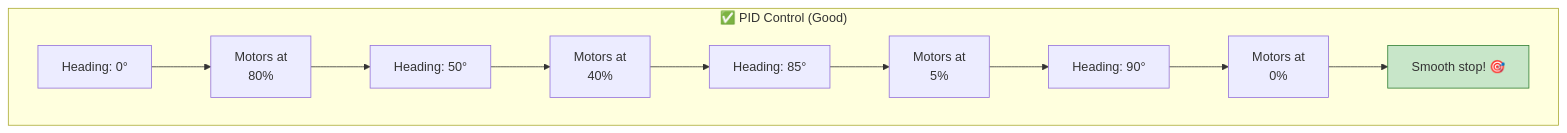
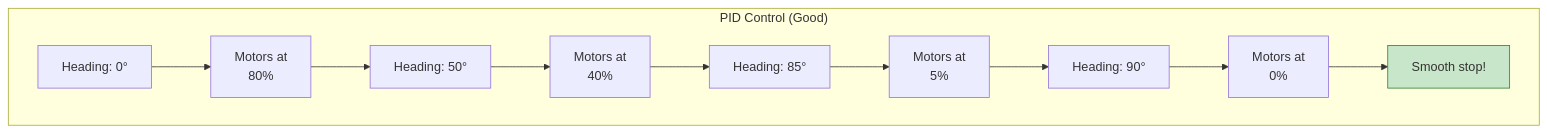
Before and after one commit to anowarislam/vex-pushback: the third of 10 diagrams in docs/tutorials/07-advanced/01-pid-control.md, drawn with Mermaid. The commit also changed other lines of this file and 16 other files, not shown here.

````diff
--- a/docs/tutorials/07-advanced/01-pid-control.md
+++ b/docs/tutorials/07-advanced/01-pid-control.md
@@ -106,15 +106,15 @@
 ```mermaid
 flowchart TB
-    subgraph "✅ PID Control (Good)"
+    subgraph "PID Control (Good)"
         B1["Heading: 0°"] --> B2["Motors at\n80%"]
         B2 --> B3["Heading: 50°"]
         B3 --> B4["Motors at\n40%"]
         B4 --> B5["Heading: 85°"]
         B5 --> B6["Motors at\n5%"]
         B6 --> B7["Heading: 90°"]
         B7 --> B8["Motors at\n0%"]
-        B8 --> B9["Smooth stop! 🎯"]
+        B8 --> B9["Smooth stop!"]
     end
 
     style B9 fill:#c8e6c9,stroke:#2e7d32
 ```
````
